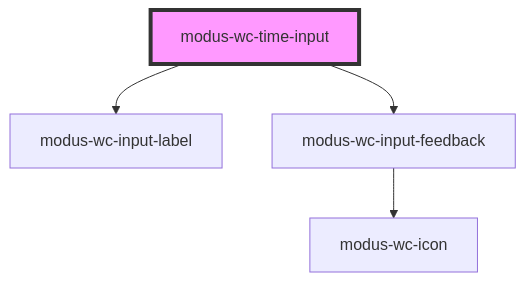
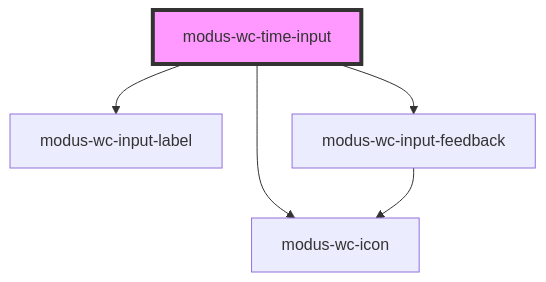
Before and after one commit to trimble-oss/modus-wc-2.0: the diagram in src/components/modus-wc-time-input/readme.md, drawn with Mermaid. The commit also changed other lines of this file and 7 other files, not shown here.

Commit message:
update time input editor

````diff
--- a/src/components/modus-wc-time-input/readme.md
+++ b/src/components/modus-wc-time-input/readme.md
@@ -65,7 +66,8 @@
 ```mermaid
 graph TD;
   modus-wc-time-input --> modus-wc-input-label
+  modus-wc-time-input --> modus-wc-icon
   modus-wc-time-input --> modus-wc-input-feedback
   modus-wc-input-feedback --> modus-wc-icon
   style modus-wc-time-input fill:#f9f,stroke:#333,stroke-width:4px
 ```
````
